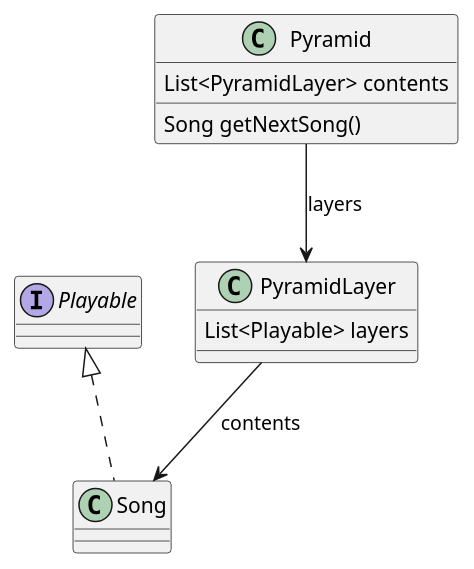
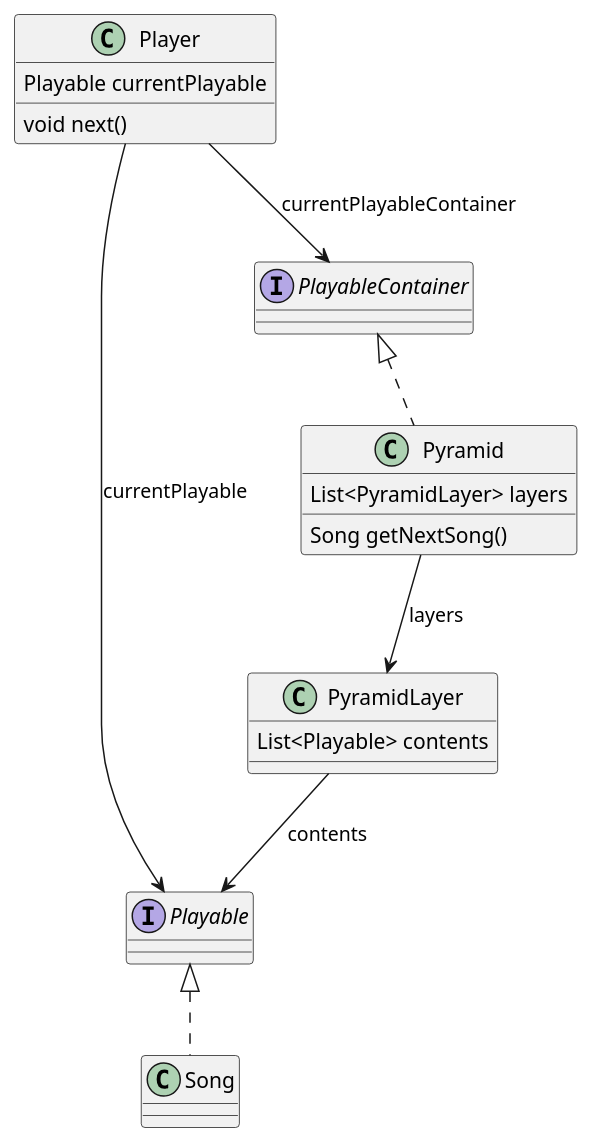
Before and after one commit to jorgengaldal/TDT4100-pyramidi: the diagram in plan/klassediagram.plantuml, drawn with PlantUML. The commit also changed 8 other files, not shown here.

```diff
--- a/plan/klassediagram.plantuml
+++ b/plan/klassediagram.plantuml
@@ -1,25 +1,37 @@
 @startuml Klassediagram for plan
 
 class Song implements Playable
 
 interface Playable
+
+interface PlayableContainer
 
 ' abstract class PlayableContainer implements Playable
 
 ' class Album extends PlayableContainer
 
 class PyramidLayer {
     ' extends PlayableContainer?
-    List<Playable> layers
+    List<Playable> contents
 }
 
-class Pyramid {
-    List<PyramidLayer> contents
+class Pyramid implements PlayableContainer {
+    List<PyramidLayer> layers
 
     Song getNextSong()
 }
 
+class Player {
+    Playable currentPlayable
+    
+
+    void next()
+}
+
 Pyramid --> PyramidLayer : "layers"
-PyramidLayer --> Song : "contents"
+PyramidLayer --> Playable : "contents"
+Player --> Playable : "currentPlayable"
+Player --> PlayableContainer : "currentPlayableContainer"
+
 
 @enduml
```
